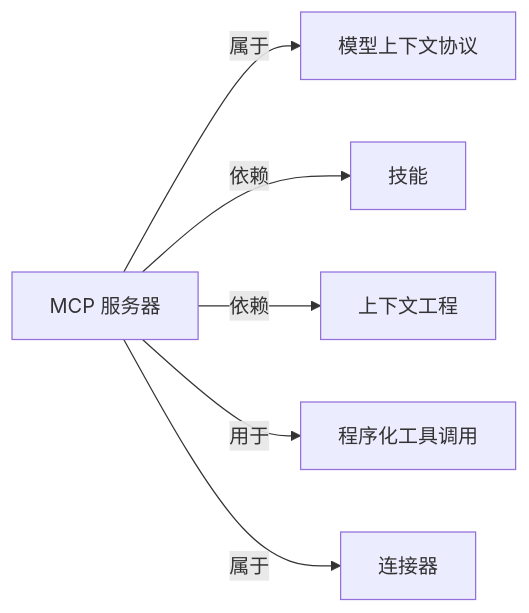
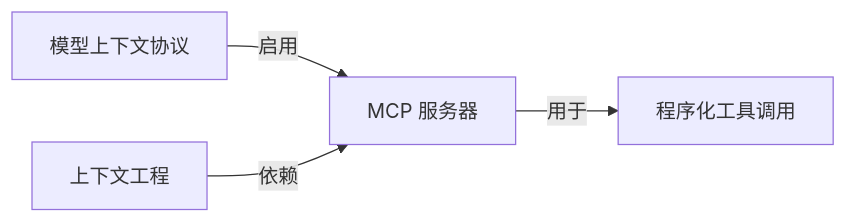
The diagram in wiki/MCP-服务器.md (yibie/claude-best-practices-zh), drawn with Mermaid before and after one commit. The commit also changed other lines of this file and 407 other files, not shown here.

Commit message:
feat: DeepSeek 三遍审校（译文/关系/图谱）+ 可部署静态站点

````diff
--- a/wiki/MCP-服务器.md
+++ b/wiki/MCP-服务器.md
@@ -47,9 +46,7 @@
 ```mermaid
 graph LR
   C["MCP 服务器"]
-  C -->|属于| N0["模型上下文协议"]
-  C -->|依赖| N1["技能"]
-  C -->|依赖| N2["上下文工程"]
-  C -->|用于| N3["程序化工具调用"]
-  C -->|属于| N4["连接器"]
+  N0["模型上下文协议"] -->|启用| C
+  N1["上下文工程"] -->|依赖| C
+  C -->|用于| N2["程序化工具调用"]
 ```
````
